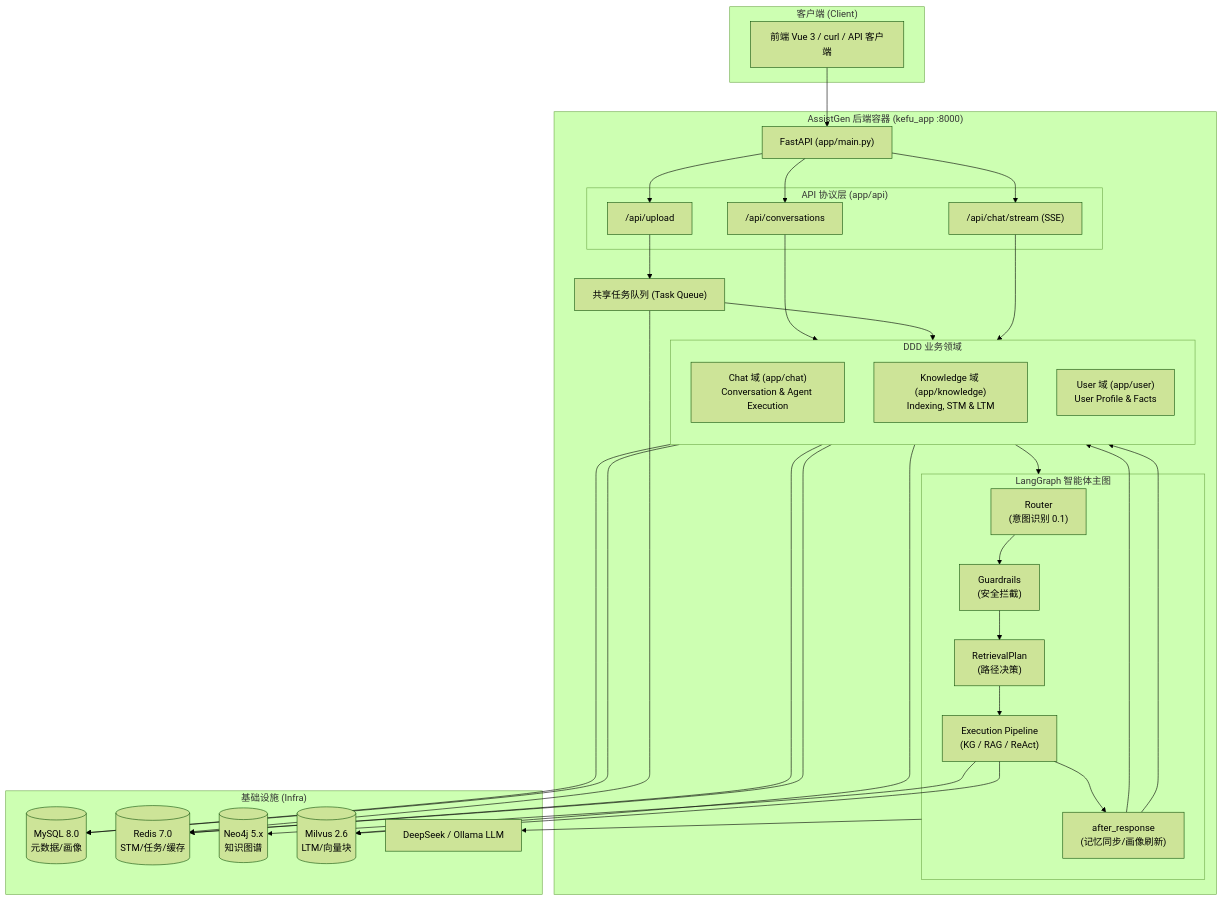
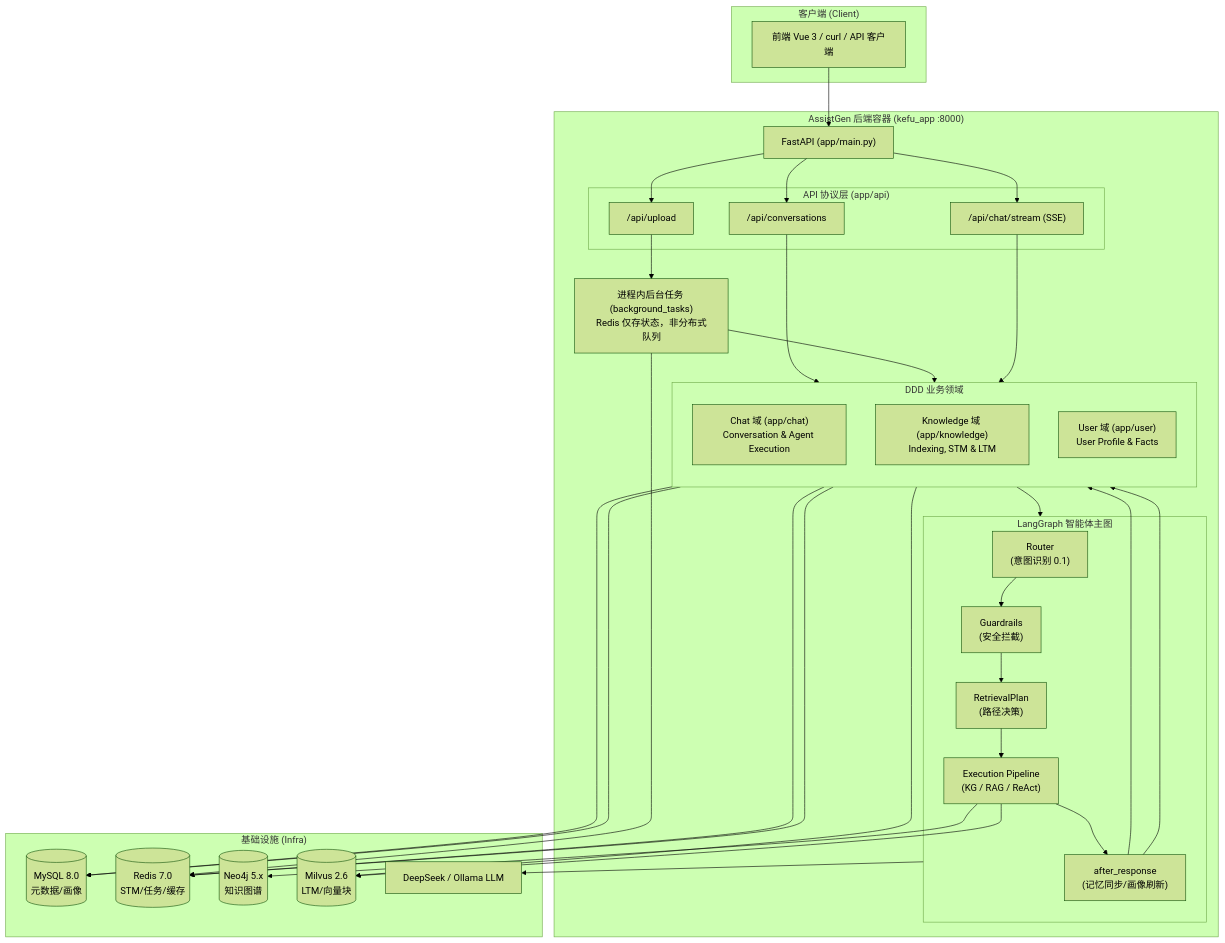
The diagram in README.md (bitladykiller/-), drawn with Mermaid (forest theme) before and after one commit. The commit also changed other lines of this file and 10 other files, not shown here.

````diff
--- a/README.md
+++ b/README.md
@@ -10,52 +10,52 @@
 ```mermaid
 flowchart TB
     subgraph Client["客户端 (Client)"]
         FE["前端 Vue 3 / curl / API 客户端"]
     end
 
     subgraph AppContainer["AssistGen 后端容器 (kefu_app :8000)"]
         API["FastAPI (app/main.py)"]
         
         subgraph APILayer["API 协议层 (app/api)"]
             CAPI["/api/conversations"]
             UAPI["/api/upload"]
             LAPI["/api/chat/stream (SSE)"]
         end
 
         subgraph DDDDomain["DDD 业务领域"]
             direction TB
             CS["Chat 域 (app/chat)\nConversation & Agent Execution"]
             KS["Knowledge 域 (app/knowledge)\nIndexing, STM & LTM"]
             US["User 域 (app/user)\nUser Profile & Facts"]
         end
 
         subgraph AgentGraph["LangGraph 智能体主图"]
             Router["Router\n(意图识别 0.1)"] --> Guard["Guardrails\n(安全拦截)"]
             Guard --> Plan["RetrievalPlan\n(路径决策)"]
             Plan --> Exec["Execution Pipeline\n(KG / RAG / ReAct)"]
             Exec --> After["after_response\n(记忆同步/画像刷新)"]
         end
 
-        TQ["共享任务队列 (Task Queue)"]
+        TQ["进程内后台任务 (background_tasks)\nRedis 仅存状态，非分布式队列"]
     end
 
     subgraph Infrastructure["基础设施 (Infra)"]
         MY[(MySQL 8.0\n元数据/画像)]
         RD[(Redis 7.0\nSTM/任务/缓存)]
         NJ[(Neo4j 5.x\n知识图谱)]
         MV[(Milvus 2.6\nLTM/向量块)]
         LLM[DeepSeek / Ollama LLM]
     end
 
     FE --> API
     API --> CAPI & UAPI & LAPI
     CAPI --> CS --> MY
     UAPI --> TQ --> KS
     LAPI --> CS --> AgentGraph
     AgentGraph --> LLM
     Exec --> NJ & MV
     After --> KS & US
     KS --> RD & MV
     US --> MY & RD
     TQ --> RD
 ```
````
